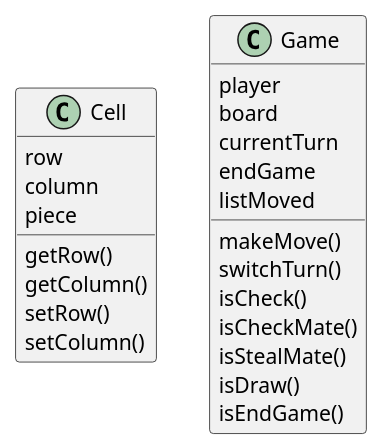
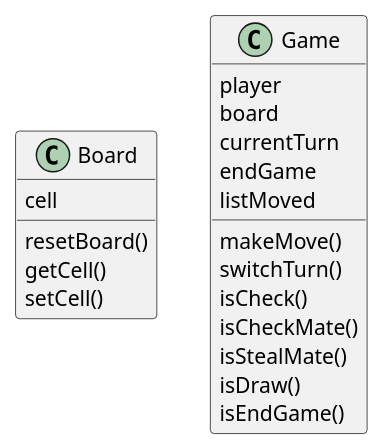
The diagram in Diagram/classDiagram.pu (3zard/Chess-Game), drawn with PlantUML before and after one commit. The commit also changed 4 other files, not shown here.

Commit message:
Trình | add Board Diagram

```diff
--- a/Diagram/classDiagram.pu
+++ b/Diagram/classDiagram.pu
@@ -1,25 +1,22 @@
 @startuml classDiagram
-class Cell {
-    row
-    column
-    piece
-    getRow()
-    getColumn()
-    setRow()
-    setColumn()
+class Board {
+    cell
+    resetBoard()
+    getCell()
+    setCell()
 }
 class Game {
     player
     board
     currentTurn
     endGame
     listMoved
     makeMove()
     switchTurn()
     isCheck()
     isCheckMate()
     isStealMate()
     isDraw()
     isEndGame()
 }
 @enduml
```
